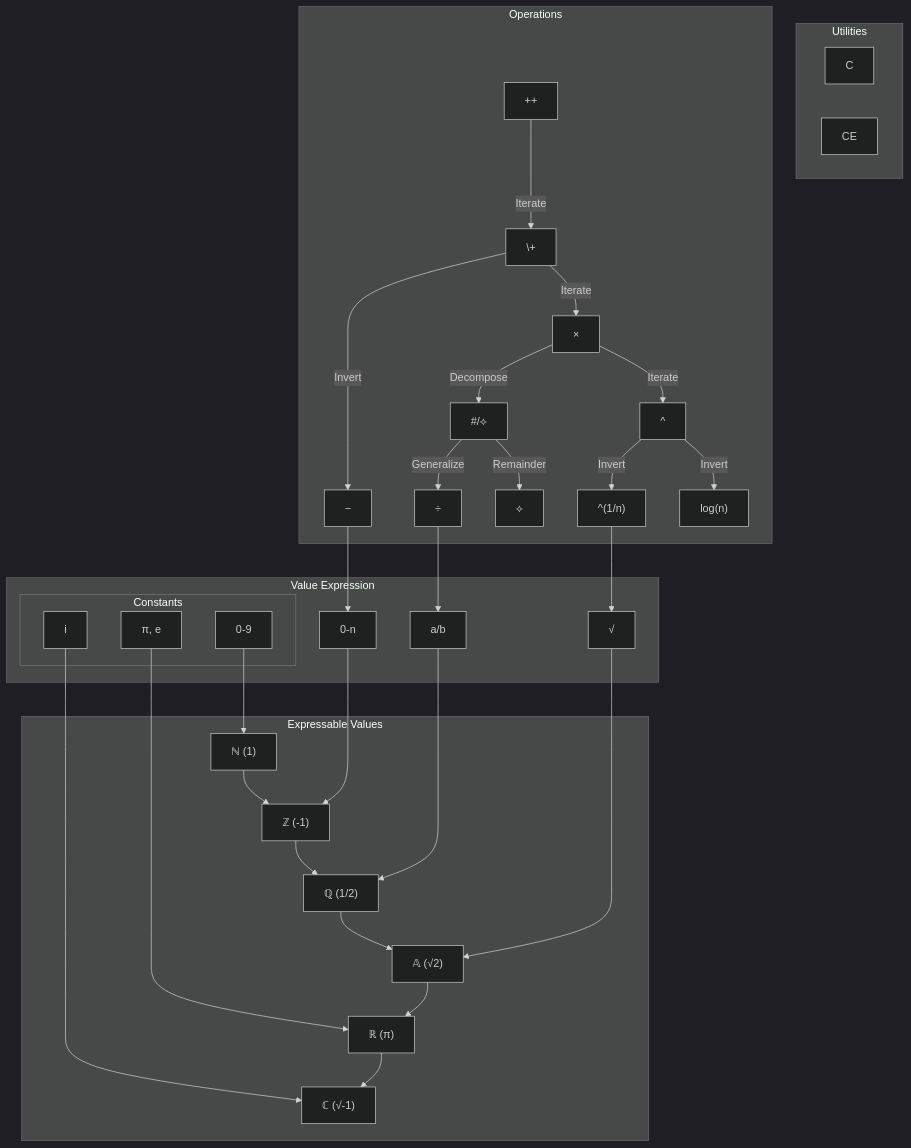
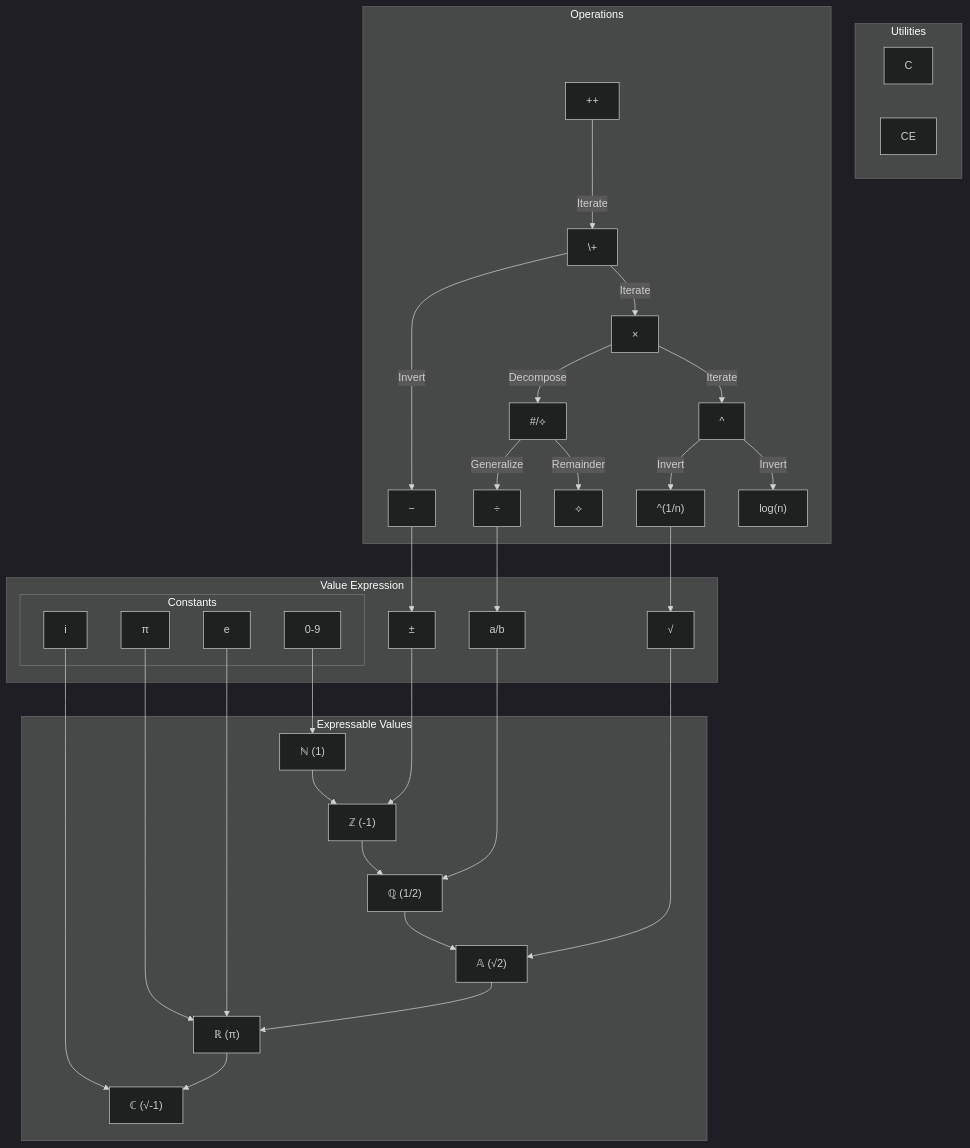
The diagram in design_refs/dependency_map.mmd (Gammapod/AutoCalc), drawn with Mermaid (dark theme) before and after one commit. The commit also changed 12 other files, not shown here.

```diff
--- a/design_refs/dependency_map.mmd
+++ b/design_refs/dependency_map.mmd
@@ -1,68 +1,70 @@
 flowchart TD
 
 subgraph Inputs ["Value Expression"]
-    Ineg["0-n"]
+    Ineg["±"]
     Ifrac["a/b"]
     Iroot["√"]
     subgraph Constants ["Constants"]
         Iim["i"]
-        Ireal["π, e"]
+        Ipi["π"]
+        Ie["e"]
         Idigits["0-9"]
     end
 end
     
 subgraph Utilities ["Utilities"]
     Uc["C"]
     Uce["CE"]
 end
 
 subgraph Operations ["Operations"]
     Oinc["++"]
     Oplus["\+"]
     Ominus["−"]
     Omul["×"]
     Odiv["÷"]
     Opow["^"]
     Oeudiv["#/⟡"]
     Omod["⟡"]
     Olog["log(n)"]
     Oroot["^(1/n)"]
 
     Oinc -->|Iterate| Oplus
 
     Oplus -->|Invert| Ominus
     Oplus -->|Iterate| Omul
 
     Omul -->|Decompose| Oeudiv
     Omul -->|Iterate| Opow
     
     Oeudiv -->|Generalize| Odiv
     Oeudiv -->|Remainder| Omod
 
     Opow -->|Invert| Oroot
     Opow -->|Invert| Olog
 end
 
 subgraph Expressable ["Expressable Values"]
     NN["ℕ (1)"]
     NZ["ℤ (-1)"]
     NQ["ℚ (1/2)"]
     NA["𝔸 (√2)"]
     NR["ℝ (π)"]
     NC["ℂ (√-1)"]
 
     NN --> NZ --> NQ --> NA --> NR --> NC
 end
 
     
 Idigits --> NN
 
 Ineg --> NZ
 Ominus --> Ineg
 Odiv --> Ifrac
 Oroot --> Iroot
 
 Ifrac --> NQ
 Iroot --> NA
-Ireal --> NR
+Ipi --> NR
+Ie --> NR
 Iim --> NC
```
